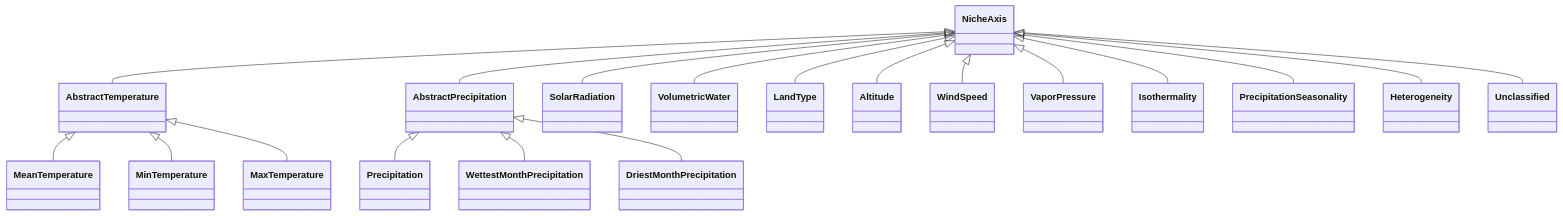
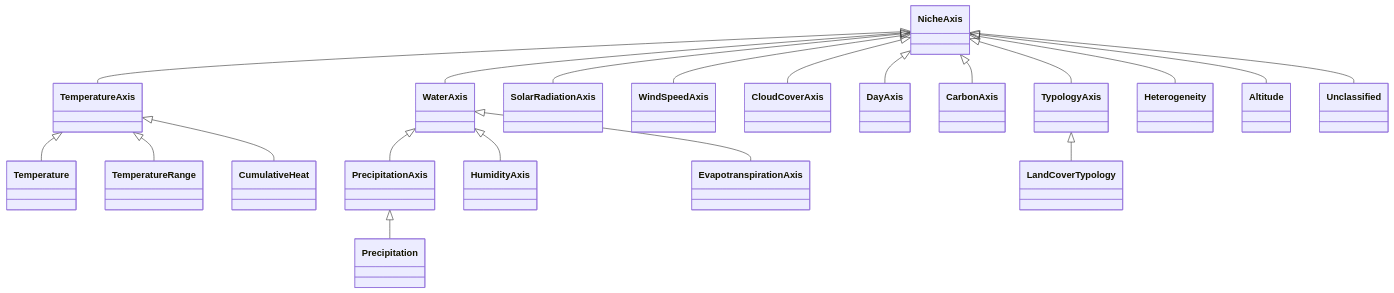
One commit to EcoJulia/EcoSISTEM.jl changed the fourth of 11 diagrams in docs/architecture.md. Above: the diagram before and after it, drawn with Mermaid. The commit also changed other lines of this file and 31 other files, not shown here.

Commit message:
Fix whole NicheAxis hierarchy based on new Raster dataset metadata - simplified what we had, extended to much larger range of types.

````diff
--- a/docs/architecture.md
+++ b/docs/architecture.md
@@ -96,24 +96,25 @@
 ```mermaid
 classDiagram
     class NicheAxis
-    class AbstractTemperature
-    class AbstractPrecipitation
-    NicheAxis <|-- AbstractTemperature
-    NicheAxis <|-- AbstractPrecipitation
-    NicheAxis <|-- SolarRadiation
-    NicheAxis <|-- VolumetricWater
-    NicheAxis <|-- LandType
+    class TemperatureAxis
+    class WaterAxis
+    NicheAxis <|-- TemperatureAxis
+    NicheAxis <|-- WaterAxis
+    NicheAxis <|-- SolarRadiationAxis
+    NicheAxis <|-- WindSpeedAxis
+    NicheAxis <|-- CloudCoverAxis
+    NicheAxis <|-- DayAxis
+    NicheAxis <|-- CarbonAxis
+    NicheAxis <|-- TypologyAxis
+    NicheAxis <|-- Heterogeneity
     NicheAxis <|-- Altitude
-    NicheAxis <|-- WindSpeed
-    NicheAxis <|-- VaporPressure
-    NicheAxis <|-- Isothermality
-    NicheAxis <|-- PrecipitationSeasonality
-    NicheAxis <|-- Heterogeneity
     NicheAxis <|-- Unclassified
-    AbstractTemperature <|-- MeanTemperature
-    AbstractTemperature <|-- MinTemperature
-    AbstractTemperature <|-- MaxTemperature
-    AbstractPrecipitation <|-- Precipitation
-    AbstractPrecipitation <|-- WettestMonthPrecipitation
-    AbstractPrecipitation <|-- DriestMonthPrecipitation
+    TemperatureAxis <|-- Temperature
+    TemperatureAxis <|-- TemperatureRange
+    TemperatureAxis <|-- CumulativeHeat
+    WaterAxis <|-- PrecipitationAxis
+    WaterAxis <|-- HumidityAxis
+    WaterAxis <|-- EvapotranspirationAxis
+    PrecipitationAxis <|-- Precipitation
+    TypologyAxis <|-- LandCoverTypology
 ```
````
